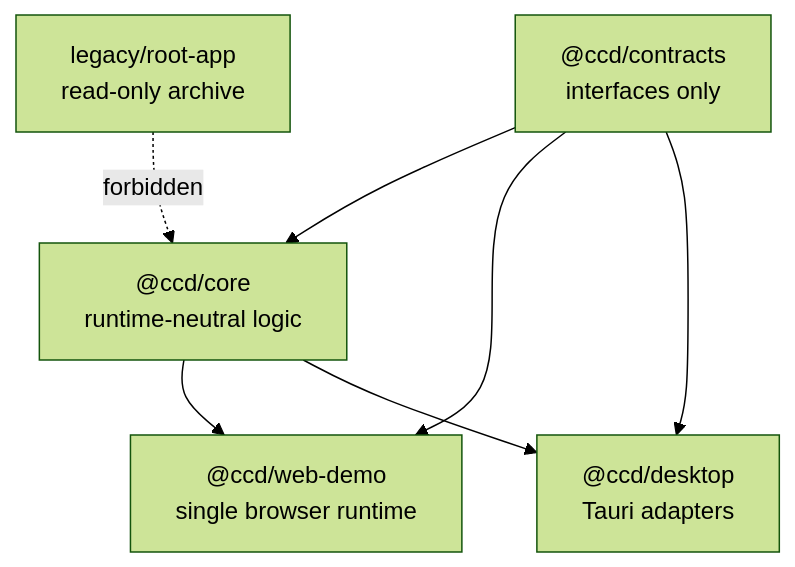
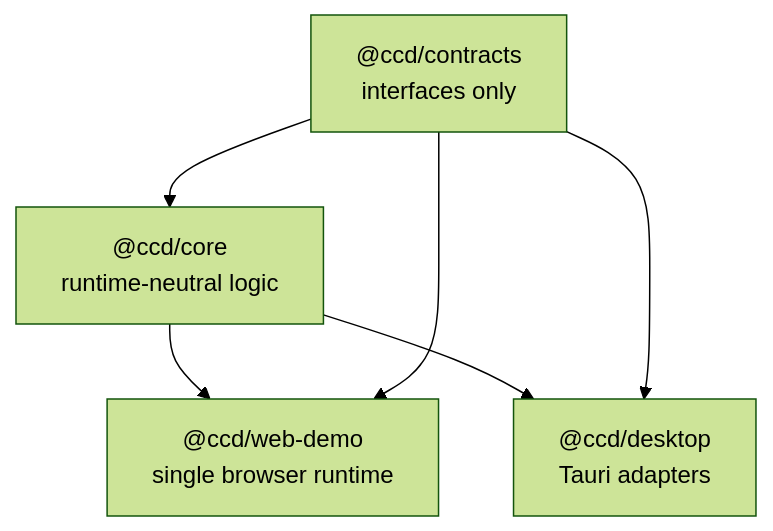
Before and after one commit to ichichuang/ccd: the diagram in docs/architecture.md, drawn with Mermaid (forest theme). The commit also changed other lines of this file and 943 other files, not shown here.

````diff
--- a/docs/architecture.md
+++ b/docs/architecture.md
@@ -27,9 +26,8 @@
 ```mermaid
 graph TD
   Contracts["@ccd/contracts\ninterfaces only"] --> Core["@ccd/core\nruntime-neutral logic"]
   Core --> Web["@ccd/web-demo\nsingle browser runtime"]
   Core --> Desktop["@ccd/desktop\nTauri adapters"]
   Contracts --> Web
   Contracts --> Desktop
-  Legacy["legacy/root-app\nread-only archive"] -. forbidden .-> Core
 ```
````
